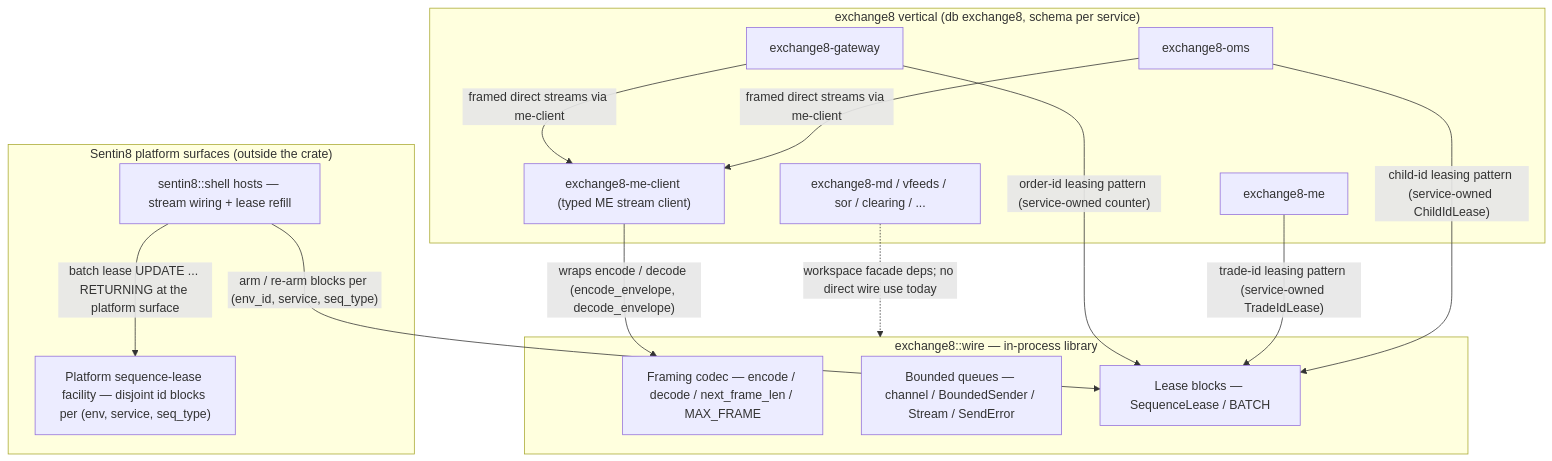
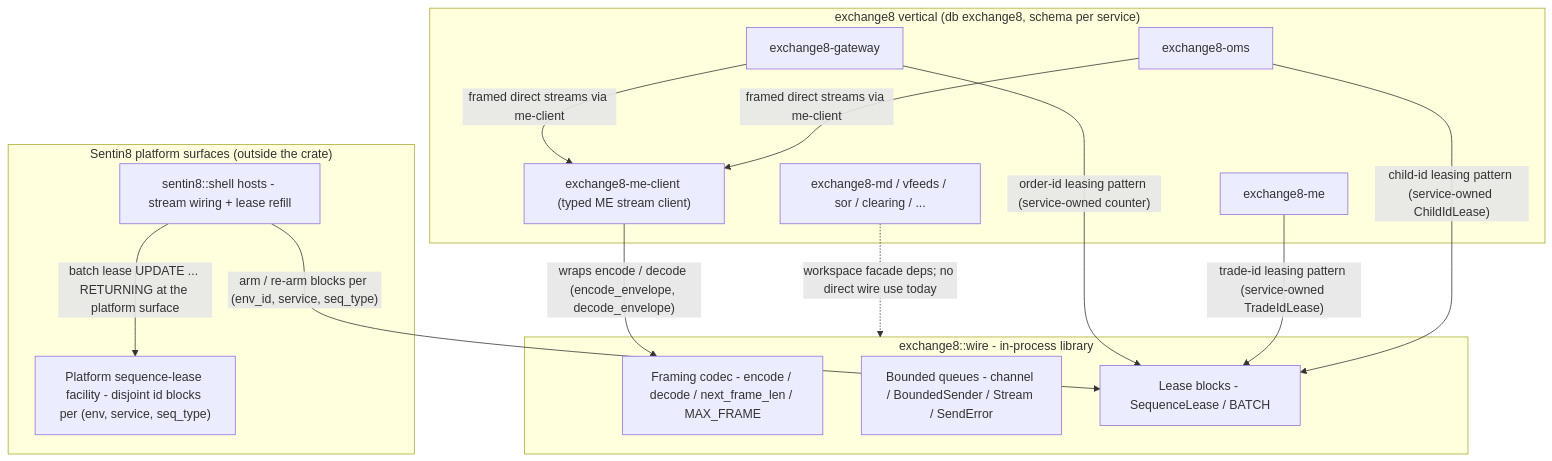
One commit to Exchange8-dev/exchange8-sdk changed the first of 9 diagrams in crates/wire/DESIGN.md. Above: the diagram before and after it, drawn with Mermaid. The commit also changed other lines of this file and 60 other files, not shown here.

````diff
--- a/crates/wire/DESIGN.md
+++ b/crates/wire/DESIGN.md
@@ -34,31 +34,31 @@
 ```mermaid
 graph TD
     subgraph VERTICAL["exchange8 vertical (db exchange8, schema per service)"]
         GW["exchange8-gateway"]
         ME["exchange8-me"]
         OMS["exchange8-oms"]
         MDC["exchange8-md / vfeeds / sor / clearing / ..."]
         MEC["exchange8-me-client (typed ME stream client)"]
     end
 
-    subgraph WIRE["exchange8::wire — in-process library"]
-        CODEC["Framing codec — encode / decode / next_frame_len / MAX_FRAME"]
-        CHAN["Bounded queues — channel / BoundedSender / Stream / SendError"]
-        LEASE["Lease blocks — SequenceLease / BATCH"]
+    subgraph WIRE["exchange8::wire - in-process library"]
+        CODEC["Framing codec - encode / decode / next_frame_len / MAX_FRAME"]
+        CHAN["Bounded queues - channel / BoundedSender / Stream / SendError"]
+        LEASE["Lease blocks - SequenceLease / BATCH"]
     end
 
     subgraph PLATFORM["Sentin8 platform surfaces (outside the crate)"]
-        LFAC["Platform sequence-lease facility — disjoint id blocks per (env, service, seq_type)"]
-        SHELL["sentin8::shell hosts — stream wiring + lease refill"]
+        LFAC["Platform sequence-lease facility - disjoint id blocks per (env, service, seq_type)"]
+        SHELL["sentin8::shell hosts - stream wiring + lease refill"]
     end
 
     MEC -- "wraps encode / decode (encode_envelope, decode_envelope)" --> CODEC
     GW -- "framed direct streams via me-client" --> MEC
     OMS -- "framed direct streams via me-client" --> MEC
     GW -- "order-id leasing pattern (service-owned counter)" --> LEASE
     ME -- "trade-id leasing pattern (service-owned TradeIdLease)" --> LEASE
     OMS -- "child-id leasing pattern (service-owned ChildIdLease)" --> LEASE
     SHELL -- "arm / re-arm blocks per (env_id, service, seq_type)" --> LEASE
     SHELL -- "batch lease UPDATE ... RETURNING at the platform surface" --> LFAC
     MDC -. "workspace facade deps; no direct wire use today" .-> WIRE
 ```
````
